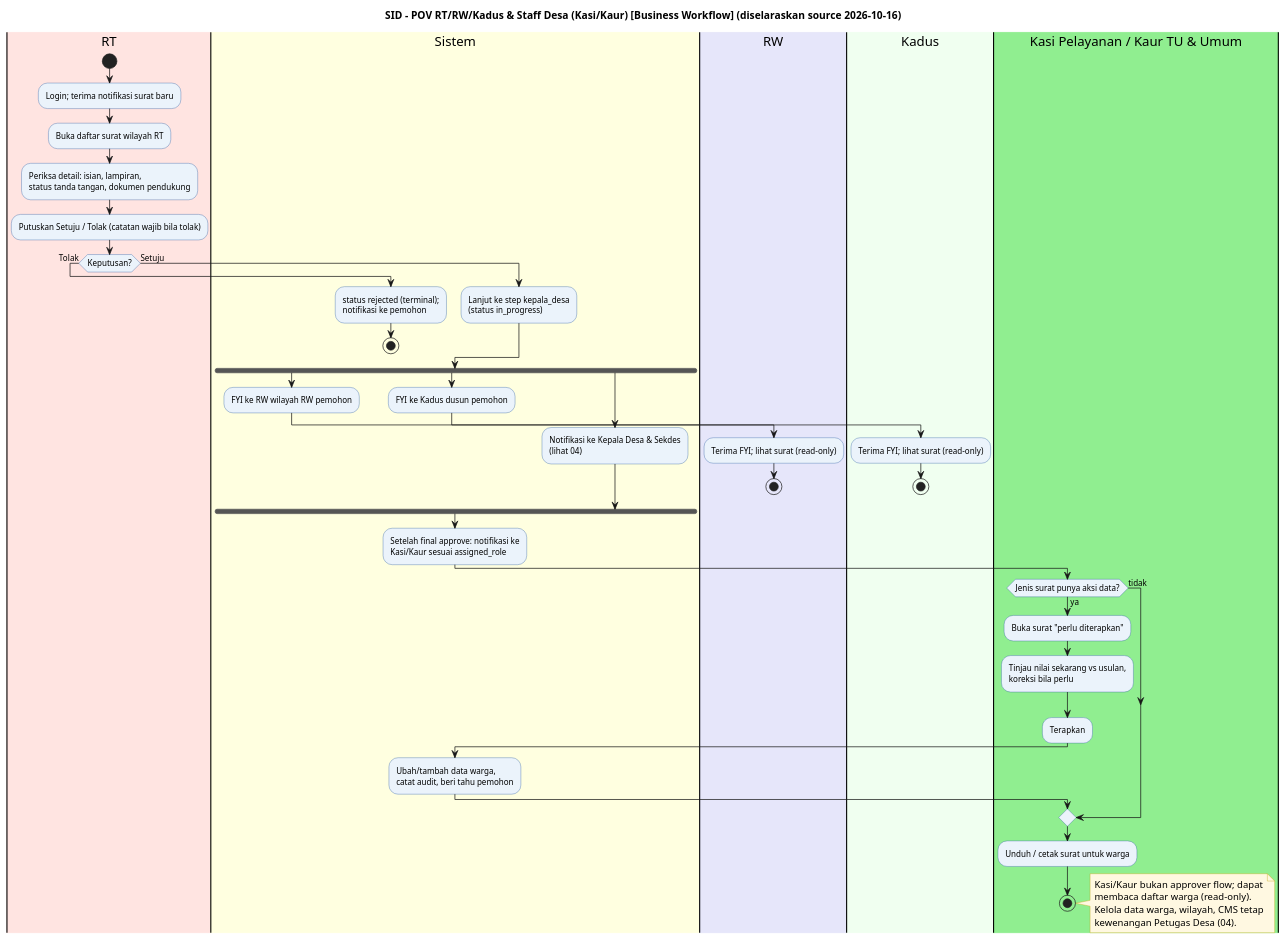
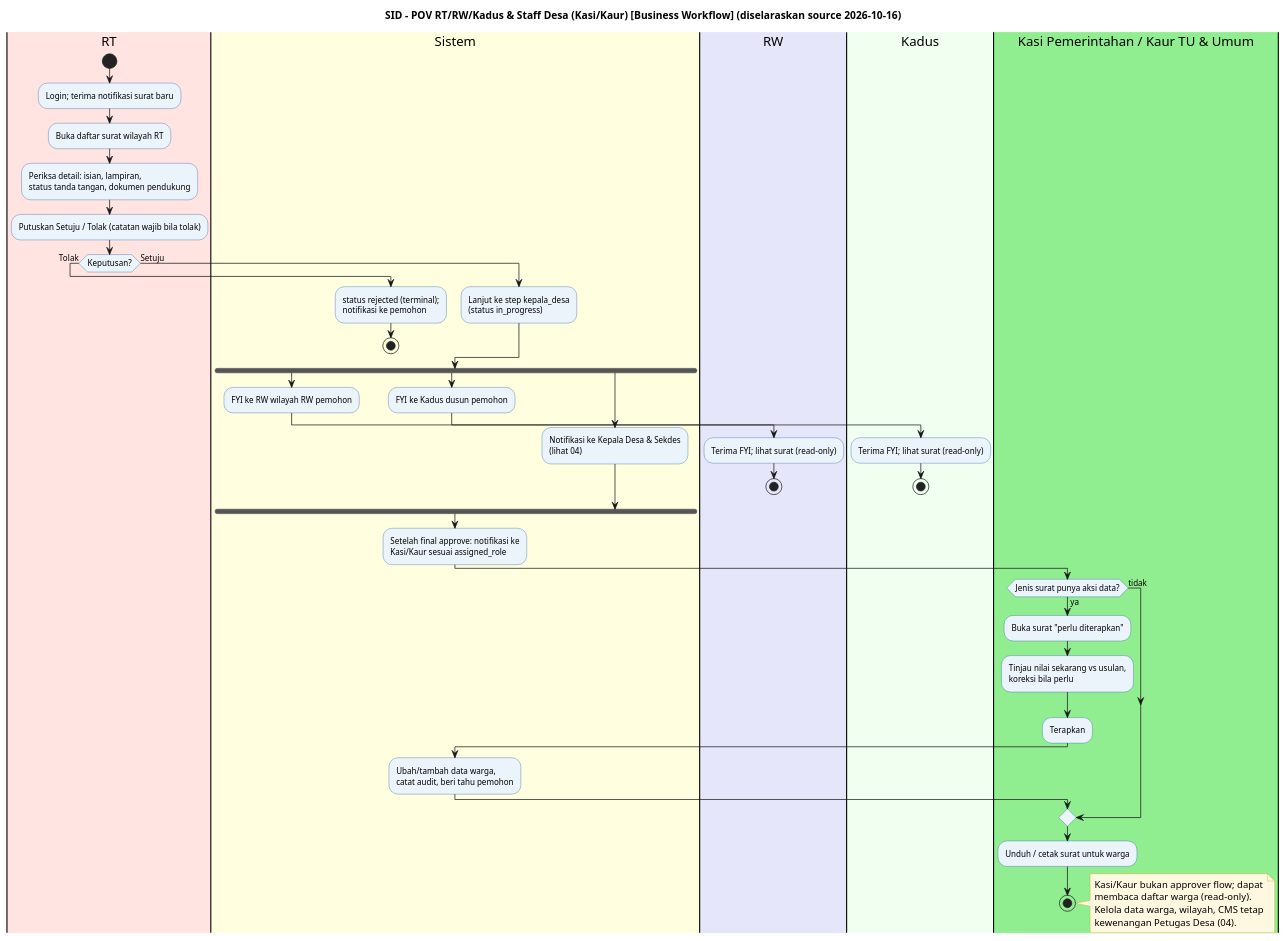
One commit to Vextronode/sid-app changed the diagram in docs/bussines_workflow/03_SID_POV_RTRW_StaffDesa.puml. Above: the diagram before and after it, drawn with PlantUML. The commit also changed 28 other files, not shown here.

Commit message:
docs: ganti Kasi Pelayanan menjadi Kasi Pemerintahan di role, enum API, diagram, dan TDD

```diff
--- a/docs/bussines_workflow/03_SID_POV_RTRW_StaffDesa.puml
+++ b/docs/bussines_workflow/03_SID_POV_RTRW_StaffDesa.puml
@@ -1,70 +1,70 @@
 @startuml
 title SID - POV RT/RW/Kadus & Staff Desa (Kasi/Kaur) [Business Workflow] (diselaraskan source 2026-10-16)
 
 skinparam activity {
   BackgroundColor #EBF3FB
   BorderColor #2E5FA3
   FontName Arial
   FontSize 11
 }
 skinparam note {
   BackgroundColor #FFF8E1
   BorderColor #C0A000
 }
 
 |#MistyRose|RT|
 start
 :Login; terima notifikasi surat baru;
 :Buka daftar surat wilayah RT;
 :Periksa detail: isian, lampiran,\nstatus tanda tangan, dokumen pendukung;
 :Putuskan Setuju / Tolak (catatan wajib bila tolak);
 if (Keputusan?) then (Tolak)
   |#LightYellow|Sistem|
   :status rejected (terminal);\nnotifikasi ke pemohon;
   stop
 else (Setuju)
   |#LightYellow|Sistem|
   :Lanjut ke step kepala_desa\n(status in_progress);
 endif
 
 fork
   |#LightYellow|Sistem|
   :FYI ke RW wilayah RW pemohon;
   |#Lavender|RW|
   :Terima FYI; lihat surat (read-only);
   stop
 fork again
   |#LightYellow|Sistem|
   :FYI ke Kadus dusun pemohon;
   |#Honeydew|Kadus|
   :Terima FYI; lihat surat (read-only);
   stop
 fork again
   |#LightYellow|Sistem|
   :Notifikasi ke Kepala Desa & Sekdes\n(lihat 04);
 end fork
 
 |#LightYellow|Sistem|
 :Setelah final approve: notifikasi ke\nKasi/Kaur sesuai assigned_role;
 
-|#LightGreen|Kasi Pelayanan / Kaur TU & Umum|
+|#LightGreen|Kasi Pemerintahan / Kaur TU & Umum|
 if (Jenis surat punya aksi data?) then (ya)
   :Buka surat "perlu diterapkan";
   :Tinjau nilai sekarang vs usulan,\nkoreksi bila perlu;
   :Terapkan;
   |#LightYellow|Sistem|
   :Ubah/tambah data warga,\ncatat audit, beri tahu pemohon;
-  |#LightGreen|Kasi Pelayanan / Kaur TU & Umum|
+  |#LightGreen|Kasi Pemerintahan / Kaur TU & Umum|
 else (tidak)
 endif
 :Unduh / cetak surat untuk warga;
 stop
 
 note right
   Kasi/Kaur bukan approver flow; dapat
   membaca daftar warga (read-only).
   Kelola data warga, wilayah, CMS tetap
   kewenangan Petugas Desa (04).
 end note
 
 @enduml
```
